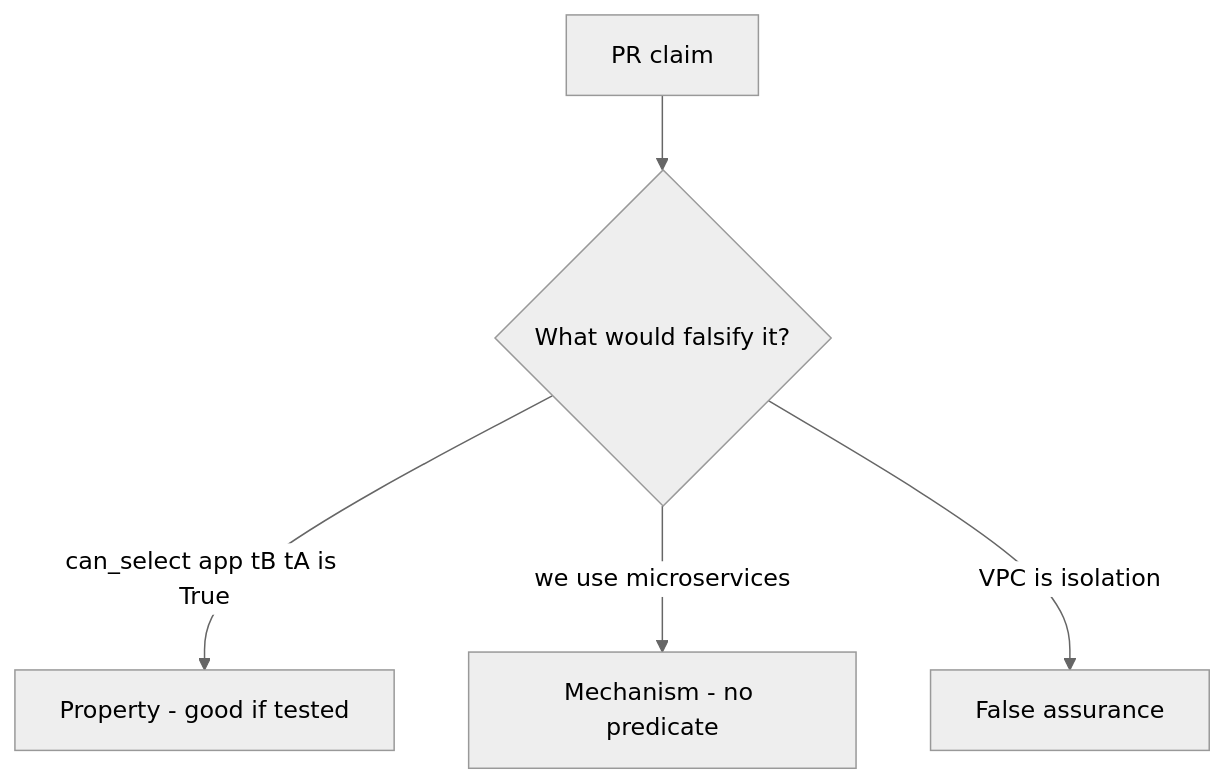
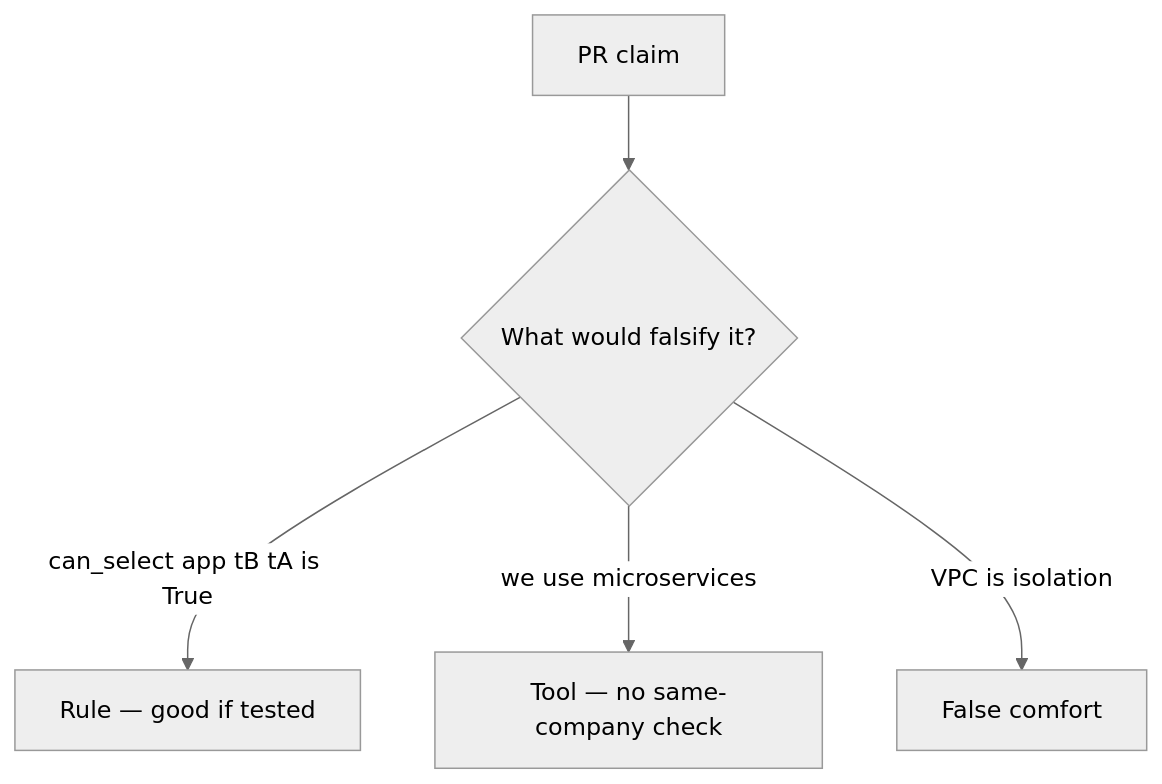
One commit to ishitvagoel/LearnSecurity changed the diagram in content/modules/3/3.3/lessons/08-review.md. Above: the diagram before and after it, drawn with Mermaid (neutral theme). The commit also changed other lines of this file and 31 other files, not shown here.

````diff
--- a/content/modules/3/3.3/lessons/08-review.md
+++ b/content/modules/3/3.3/lessons/08-review.md
@@ -17,7 +18,7 @@
 ```mermaid
 flowchart TD
   Claim[PR claim] --> Q{"What would falsify it?"}
-  Q -->|"can_select app tB tA is True"| Property["Property - good if tested"]
-  Q -->|"we use microservices"| Mechanism[Mechanism - no predicate]
-  Q -->|"VPC is isolation"| False[False assurance]
+  Q -->|"can_select app tB tA is True"| Property["Rule — good if tested"]
+  Q -->|"we use microservices"| Mechanism[Tool — no same-company check]
+  Q -->|"VPC is isolation"| False[False comfort]
 ```
````
